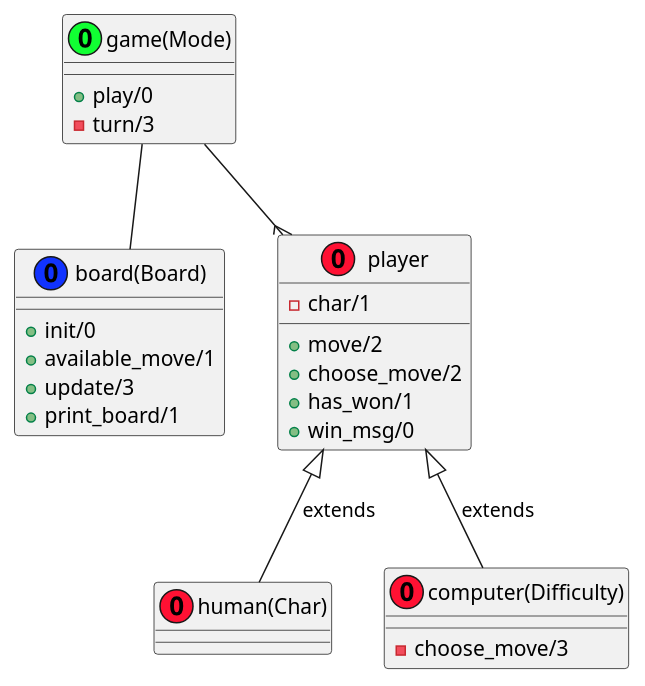
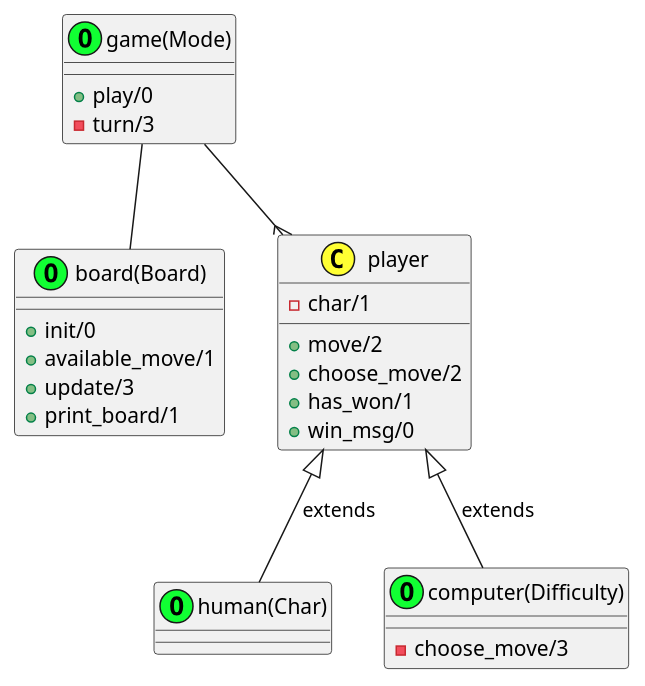
One commit to PaulBrownMagic/TicTacToeTalk changed the diagram in design/ord.pu. Above: the diagram before and after it, drawn with PlantUML. The commit also changed 20 other files, not shown here.

Commit message:
Diagram Update

```diff
--- a/design/ord.pu
+++ b/design/ord.pu
@@ -1,35 +1,35 @@
 @startuml
-class game(Mode) << (O, #11FF33) >> {
+class game(Mode) << (O, #11ff33) >> {
     {method} + play/0
     {method} -turn/3
 }
 
 
-class board(Board) << (O, #1133FF) >> {
+class board(Board) << (O, #11ff33) >> {
     {method} +init/0
     {method} +available_move/1
     {method} +update/3
     {method} +print_board/1
 }
 
-class player << (O, #FF1133) >> {
+class player << (C, #ffff33) >> {
     {field} -char/1
     {method} +move/2
     {method} +choose_move/2
     {method} +has_won/1
     {method} +win_msg/0
 }
 
-class human(Char) << (O, #FF1133) >>
+class human(Char) << (O, #11ff33) >>
 
-class computer(Difficulty) << (O, #FF1133) >> {
+class computer(Difficulty) << (O, #11ff33) >> {
     {method} -choose_move/3
 }
 
 player <|-- "human(Char)" : "extends"
 player <|-- "computer(Difficulty)" : "extends"
 
 "game(Mode)" -- "board(Board)"
 "game(Mode)" --{ "player"
 
 @enduml
```
